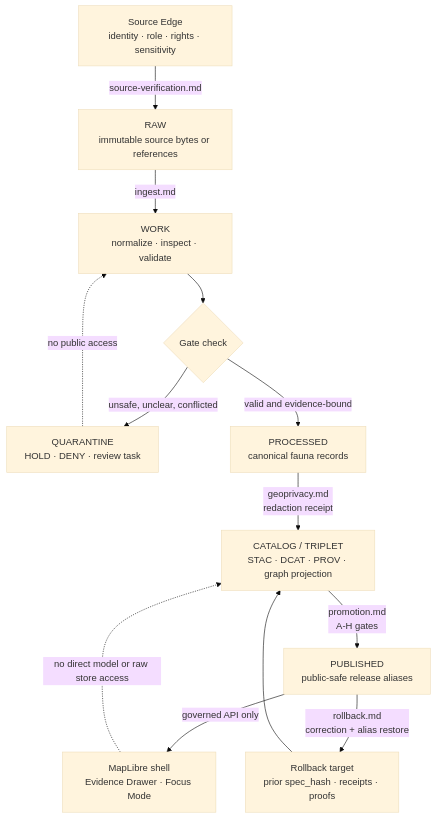
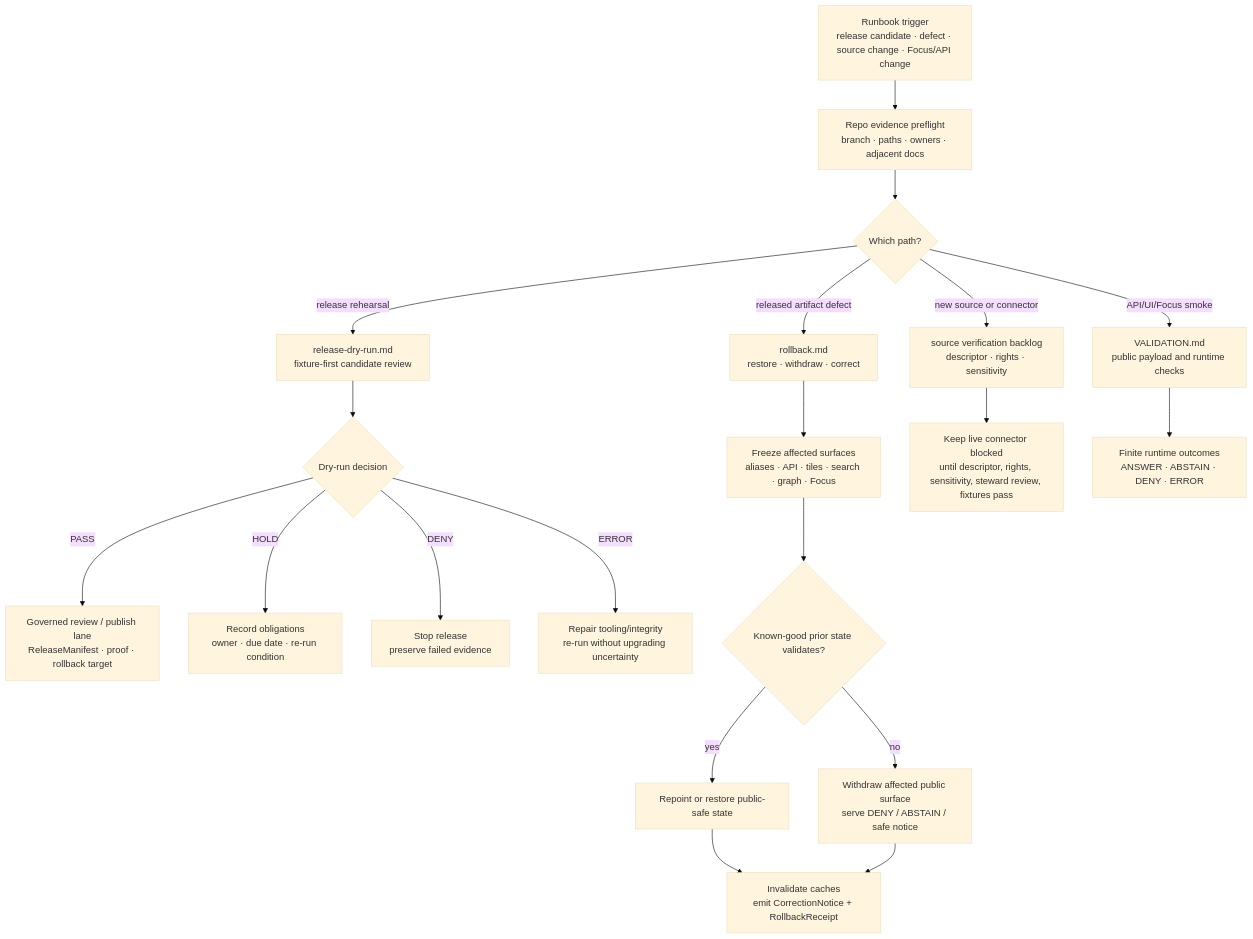
One commit to bartytime4life/Kansas-Frontier-Matrix changed the diagram in docs/domains/fauna/runbooks/README.md. Above: the diagram before and after it, drawn with Mermaid (base theme). The commit also changed other lines of this file, not shown here.

````diff
--- a/docs/domains/fauna/runbooks/README.md
+++ b/docs/domains/fauna/runbooks/README.md
@@ -248,16 +300,26 @@
 ```mermaid
 flowchart TD
-  A[Source Edge<br/>identity · role · rights · sensitivity] -->|source-verification.md| B[RAW<br/>immutable source bytes or references]
-  B -->|ingest.md| C[WORK<br/>normalize · inspect · validate]
-  C --> D{Gate check}
-  D -->|unsafe, unclear, conflicted| E[QUARANTINE<br/>HOLD · DENY · review task]
-  D -->|valid and evidence-bound| F[PROCESSED<br/>canonical fauna records]
-  F -->|geoprivacy.md<br/>redaction receipt| G[CATALOG / TRIPLET<br/>STAC · DCAT · PROV · graph projection]
-  G -->|promotion.md<br/>A-H gates| H[PUBLISHED<br/>public-safe release aliases]
-  H -->|governed API only| I[MapLibre shell<br/>Evidence Drawer · Focus Mode]
-  H -->|rollback.md<br/>correction + alias restore| J[Rollback target<br/>prior spec_hash · receipts · proofs]
-  J --> G
+  A["Runbook trigger<br/>release candidate · defect · source change · Focus/API change"] --> B["Repo evidence preflight<br/>branch · paths · owners · adjacent docs"]
+  B --> C{"Which path?"}
 
-  E -. no public access .-> C
-  I -. no direct model or raw store access .-> G
+  C -->|"release rehearsal"| D["release-dry-run.md<br/>fixture-first candidate review"]
+  C -->|"released artifact defect"| E["rollback.md<br/>restore · withdraw · correct"]
+  C -->|"new source or connector"| F["source verification backlog<br/>descriptor · rights · sensitivity"]
+  C -->|"API/UI/Focus smoke"| G["VALIDATION.md<br/>public payload and runtime checks"]
+
+  D --> H{"Dry-run decision"}
+  H -->|"PASS"| I["Governed review / publish lane<br/>ReleaseManifest · proof · rollback target"]
+  H -->|"HOLD"| J["Record obligations<br/>owner · due date · re-run condition"]
+  H -->|"DENY"| K["Stop release<br/>preserve failed evidence"]
+  H -->|"ERROR"| L["Repair tooling/integrity<br/>re-run without upgrading uncertainty"]
+
+  E --> M["Freeze affected surfaces<br/>aliases · API · tiles · search · graph · Focus"]
+  M --> N{"Known-good prior state validates?"}
+  N -->|"yes"| O["Repoint or restore public-safe state"]
+  N -->|"no"| P["Withdraw affected public surface<br/>serve DENY / ABSTAIN / safe notice"]
+  O --> Q["Invalidate caches<br/>emit CorrectionNotice + RollbackReceipt"]
+  P --> Q
+
+  F --> R["Keep live connector blocked<br/>until descriptor, rights, sensitivity, steward review, fixtures pass"]
+  G --> S["Finite runtime outcomes<br/>ANSWER · ABSTAIN · DENY · ERROR"]
 ```
````
